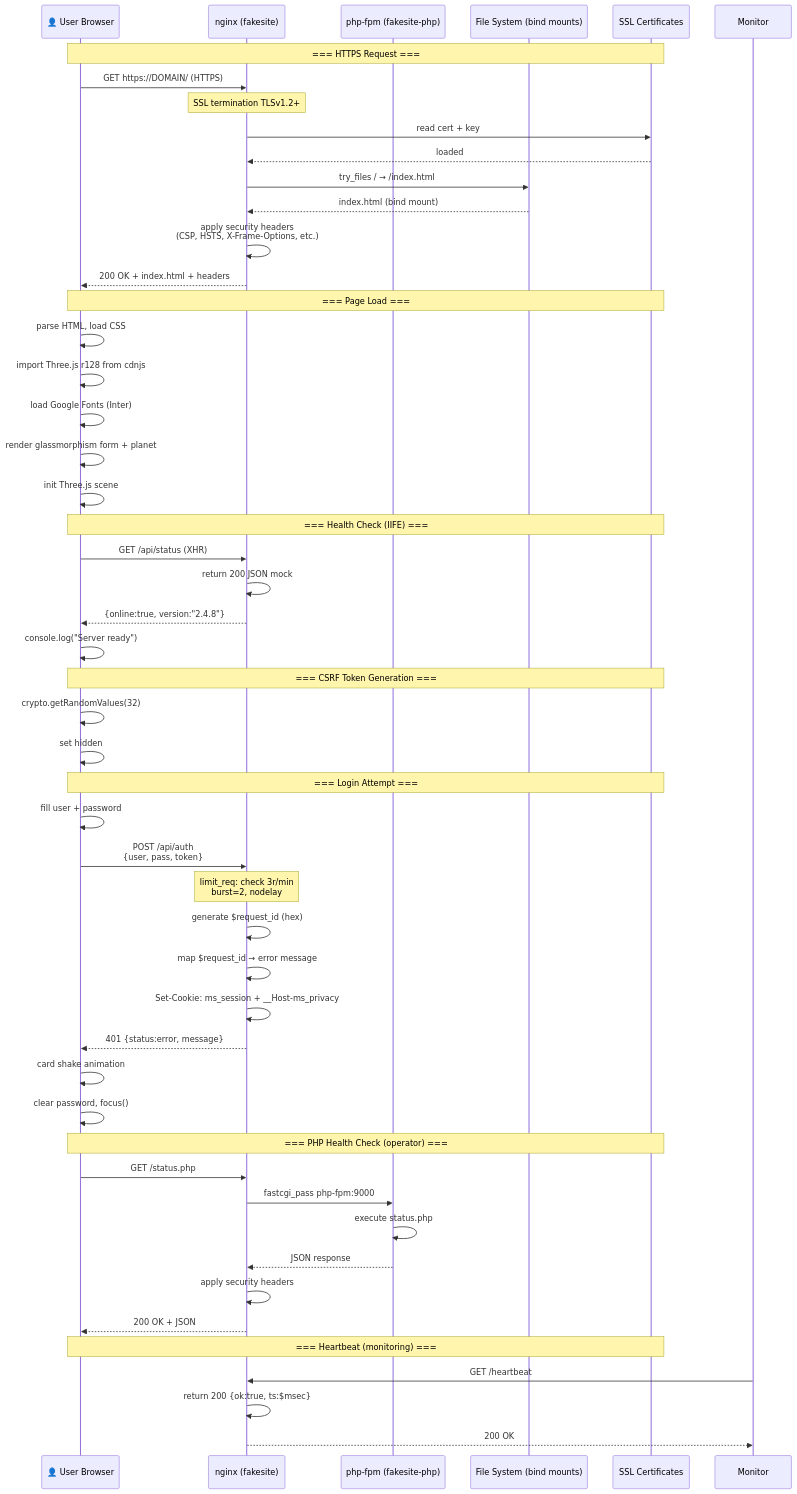
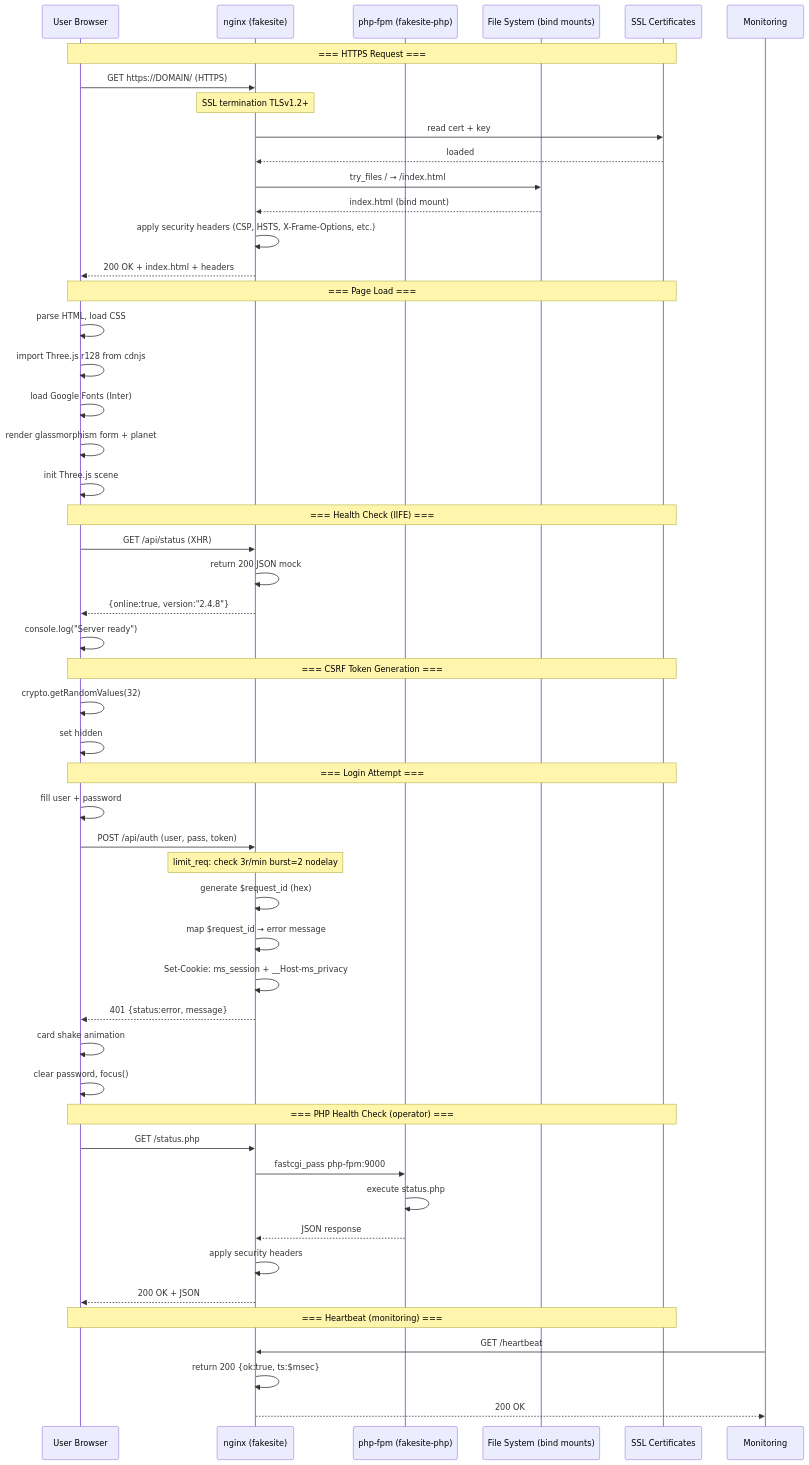
Before and after one commit to iqubik/myfakesite: diagram 12 of 14 in myshpere-logic.md, drawn with Mermaid. The commit also changed other lines of this file and 1 other file, not shown here.

````diff
--- a/myshpere-logic.md
+++ b/myshpere-logic.md
@@ -474,59 +472,60 @@
 ```mermaid
 sequenceDiagram
-  participant U as 👤 User Browser
+  participant U as User Browser
   participant N as nginx (fakesite)
   participant P as php-fpm (fakesite-php)
   participant FS as File System (bind mounts)
   participant SSL as SSL Certificates
+  participant Monitor as Monitoring
 
   Note over U,SSL: === HTTPS Request ===
   U->>N: GET https://DOMAIN/ (HTTPS)
   Note over N: SSL termination TLSv1.2+
   N->>SSL: read cert + key
   SSL-->>N: loaded
   N->>FS: try_files / → /index.html
   FS-->>N: index.html (bind mount)
-  N->>N: apply security headers<br/>(CSP, HSTS, X-Frame-Options, etc.)
+  N->>N: apply security headers (CSP, HSTS, X-Frame-Options, etc.)
   N-->>U: 200 OK + index.html + headers
 
   Note over U,SSL: === Page Load ===
   U->>U: parse HTML, load CSS
   U->>U: import Three.js r128 from cdnjs
   U->>U: load Google Fonts (Inter)
   U->>U: render glassmorphism form + planet
   U->>U: init Three.js scene
 
   Note over U,SSL: === Health Check (IIFE) ===
   U->>N: GET /api/status (XHR)
   N->>N: return 200 JSON mock
   N-->>U: {online:true, version:"2.4.8"}
   U->>U: console.log("Server ready")
 
   Note over U,SSL: === CSRF Token Generation ===
   U->>U: crypto.getRandomValues(32)
   U->>U: set hidden #requesttoken
 
   Note over U,SSL: === Login Attempt ===
   U->>U: fill user + password
-  U->>N: POST /api/auth<br/>{user, pass, token}
-  Note over N: limit_req: check 3r/min<br/>burst=2, nodelay
+  U->>N: POST /api/auth (user, pass, token)
+  Note over N: limit_req: check 3r/min burst=2 nodelay
   N->>N: generate $request_id (hex)
   N->>N: map $request_id → error message
   N->>N: Set-Cookie: ms_session + __Host-ms_privacy
   N-->>U: 401 {status:error, message}
   U->>U: card shake animation
   U->>U: clear password, focus()
 
   Note over U,SSL: === PHP Health Check (operator) ===
   U->>N: GET /status.php
   N->>P: fastcgi_pass php-fpm:9000
   P->>P: execute status.php
   P-->>N: JSON response
   N->>N: apply security headers
   N-->>U: 200 OK + JSON
 
   Note over U,SSL: === Heartbeat (monitoring) ===
   Monitor->>N: GET /heartbeat
   N->>N: return 200 {ok:true, ts:$msec}
   N-->>Monitor: 200 OK
 ```
````
